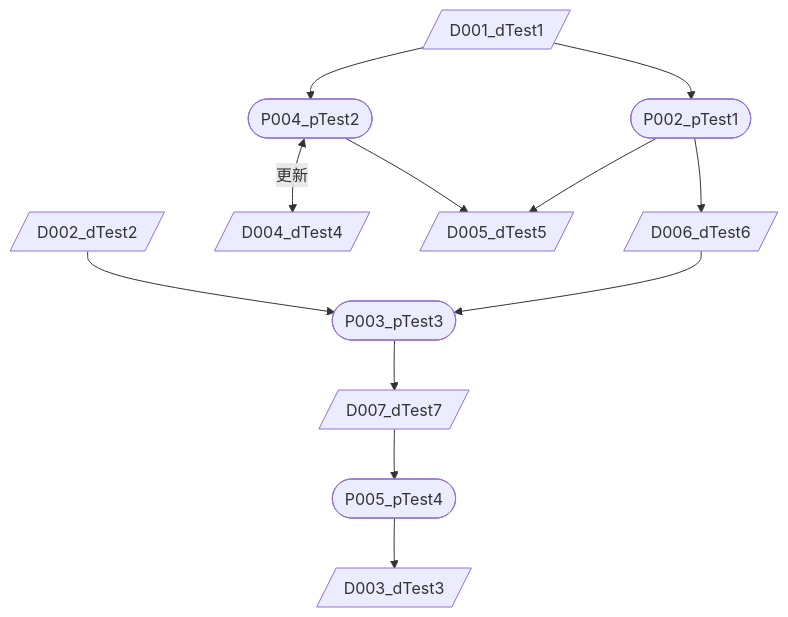
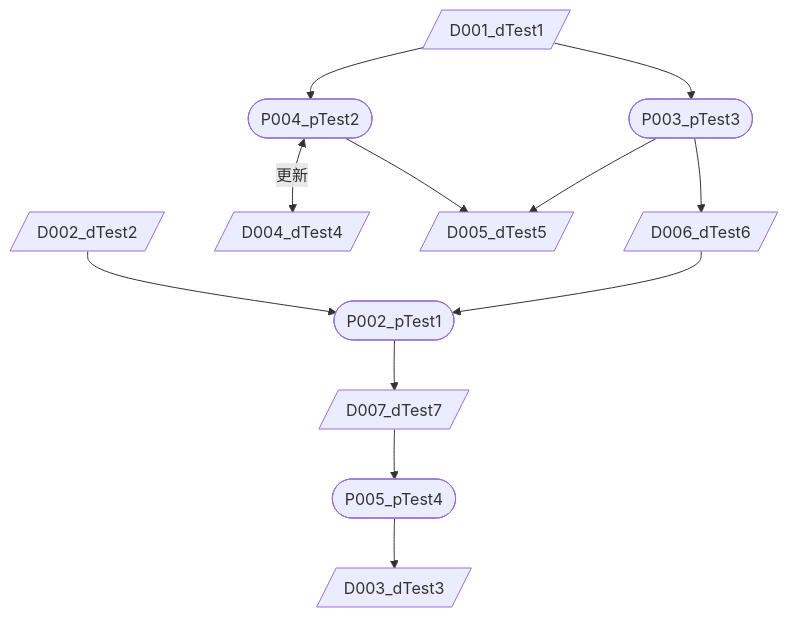
The diagram in backup/P001_test.md (lop9940/link_fix), drawn with Mermaid before and after one commit. The commit also changed other lines of this file and 10 other files, not shown here.

````diff
--- a/backup/P001_test.md
+++ b/backup/P001_test.md
@@ -32,27 +31,38 @@
 ```mermaid
 flowchart TD
-    p01([P002_pTest1])
+    p01([P003_pTest3])
+    click p01 "lop9940/link_fix/blob/feature/del-mermaid-link-when-pulling/process/P002_pTest1.md"
     p02([P004_pTest2])
-    p03([P003_pTest3])
+    click p02 "lop9940/link_fix/blob/feature/del-mermaid-link-when-pulling/process/P004_pTest2.md"
+    p03([P002_pTest1])
+    click p03 "lop9940/link_fix/blob/feature/del-mermaid-link-when-pulling/process/P003_pTest3.md"
     p04([P005_pTest4])
+    click p04 "lop9940/link_fix/blob/feature/del-mermaid-link-when-pulling/process/P005_pTest4.md"
 
     d01[/D001_dTest1/]
+    click d01 "lop9940/link_fix/blob/feature/del-mermaid-link-when-pulling/document/D001_dTest1.md"
     d02[/D002_dTest2/]
+    click d02 "lop9940/link_fix/blob/feature/del-mermaid-link-when-pulling/document/D002_dTest2.md"
     d03[/D003_dTest3/]
+    click d03 "lop9940/link_fix/blob/feature/del-mermaid-link-when-pulling/document/D003_dTest3.md"
     d04[/D004_dTest4/]
+    click d04 "lop9940/link_fix/blob/feature/del-mermaid-link-when-pulling/document/D004_dTest4.md"
     d05[/D005_dTest5/]
+    click d05 "lop9940/link_fix/blob/feature/del-mermaid-link-when-pulling/document/D005_dTest5.md"
     d06[/D006_dTest6/]
+    click d06 "lop9940/link_fix/blob/feature/del-mermaid-link-when-pulling/document/D006_dTest6.md"
     d07[/D007_dTest7/]
+    click d07 "lop9940/link_fix/blob/feature/del-mermaid-link-when-pulling/document/D007_dTest7.md"
 
     d01-->p01
     d01-->p02
     p01-->d05
     p01-->d06
     p02<-->|更新|d04
     p02-->d05
     d06-->p03
     d02-->p03
     p03-->d07
     d07-->p04
     p04-->d03
 ```
````
